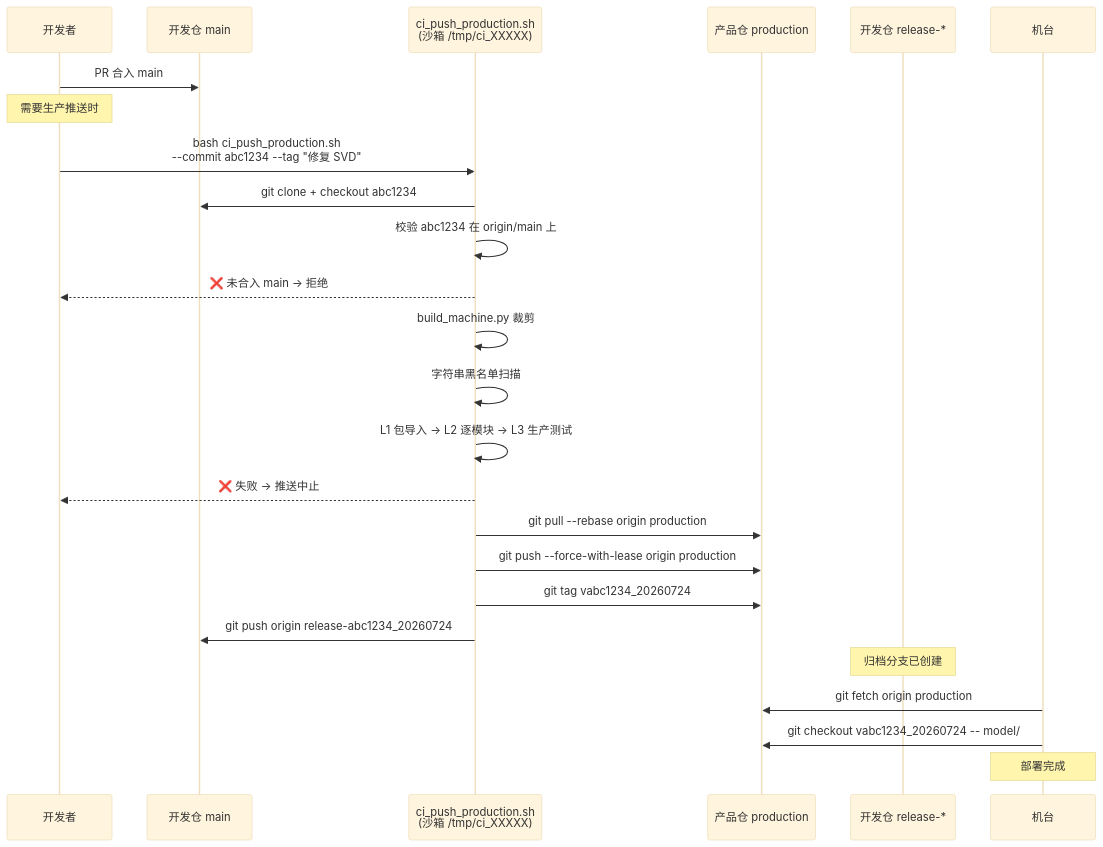
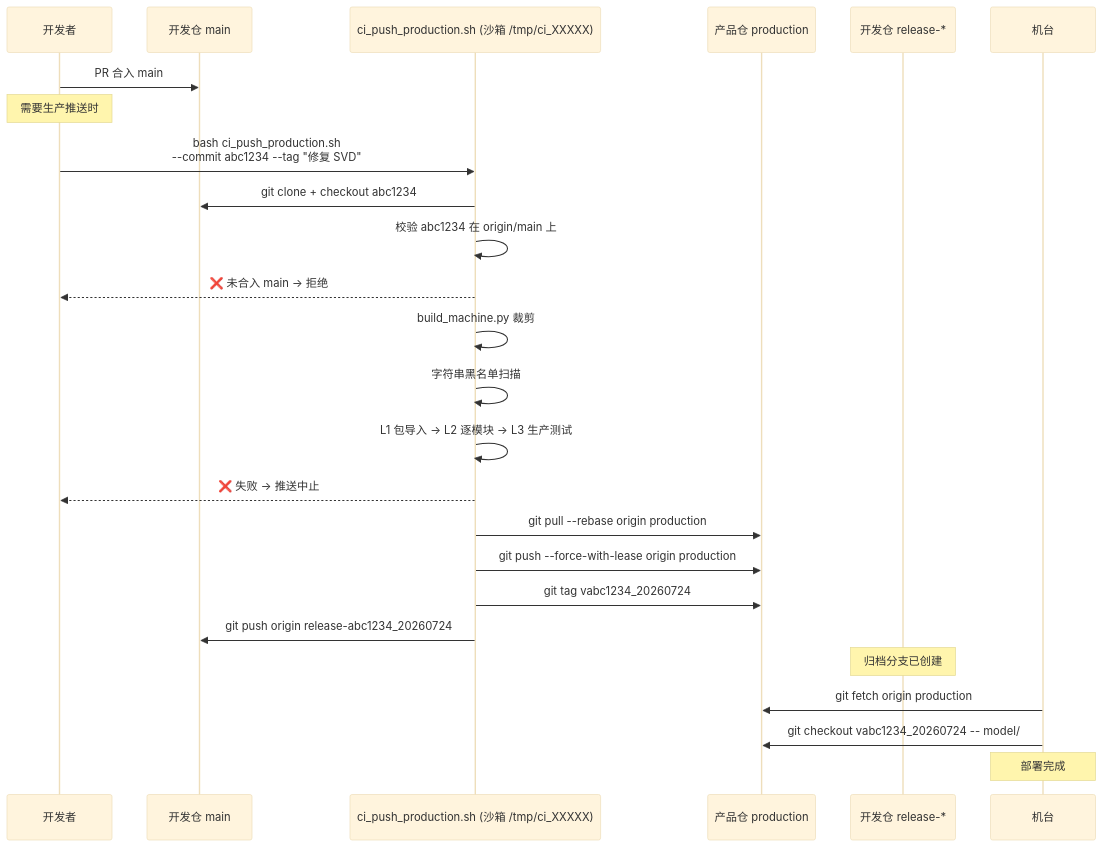
The fourth of 6 diagrams in docs/architecture.md (Xubenbenn/algo-source), drawn with Mermaid (base theme) before and after one commit. The commit also changed other lines of this file, not shown here.

Commit message:
fix: 修复 mermaid 语法 — gitGraph 去掉 TB:/冒号/连字符, participant 去掉 br

````diff
--- a/docs/architecture.md
+++ b/docs/architecture.md
@@ -57,33 +56,33 @@
 ```mermaid
 sequenceDiagram
     participant Dev as 开发者
     participant Src as 开发仓 main
-    participant CI as ci_push_production.sh<br/>(沙箱 /tmp/ci_XXXXX)
+    participant CI as ci_push_production.sh (沙箱 /tmp/ci_XXXXX)
     participant Dep as 产品仓 production
     participant Arc as 开发仓 release-*
     participant Mac as 机台
 
     Dev->>Src: PR 合入 main
     Note over Dev: 需要生产推送时
 
     Dev->>CI: bash ci_push_production.sh<br/>--commit abc1234 --tag "修复 SVD"
     CI->>Src: git clone + checkout abc1234
     CI->>CI: 校验 abc1234 在 origin/main 上
     CI-->>Dev: ❌ 未合入 main → 拒绝
 
     CI->>CI: build_machine.py 裁剪
     CI->>CI: 字符串黑名单扫描
     CI->>CI: L1 包导入 → L2 逐模块 → L3 生产测试
     CI-->>Dev: ❌ 失败 → 推送中止
 
     CI->>Dep: git pull --rebase origin production
     CI->>Dep: git push --force-with-lease origin production
     CI->>Dep: git tag vabc1234_20260724
     CI->>Src: git push origin release-abc1234_20260724
 
     Note over Arc: 归档分支已创建
 
     Mac->>Dep: git fetch origin production
     Mac->>Dep: git checkout vabc1234_20260724 -- model/
     Note over Mac: 部署完成
 ```
````
